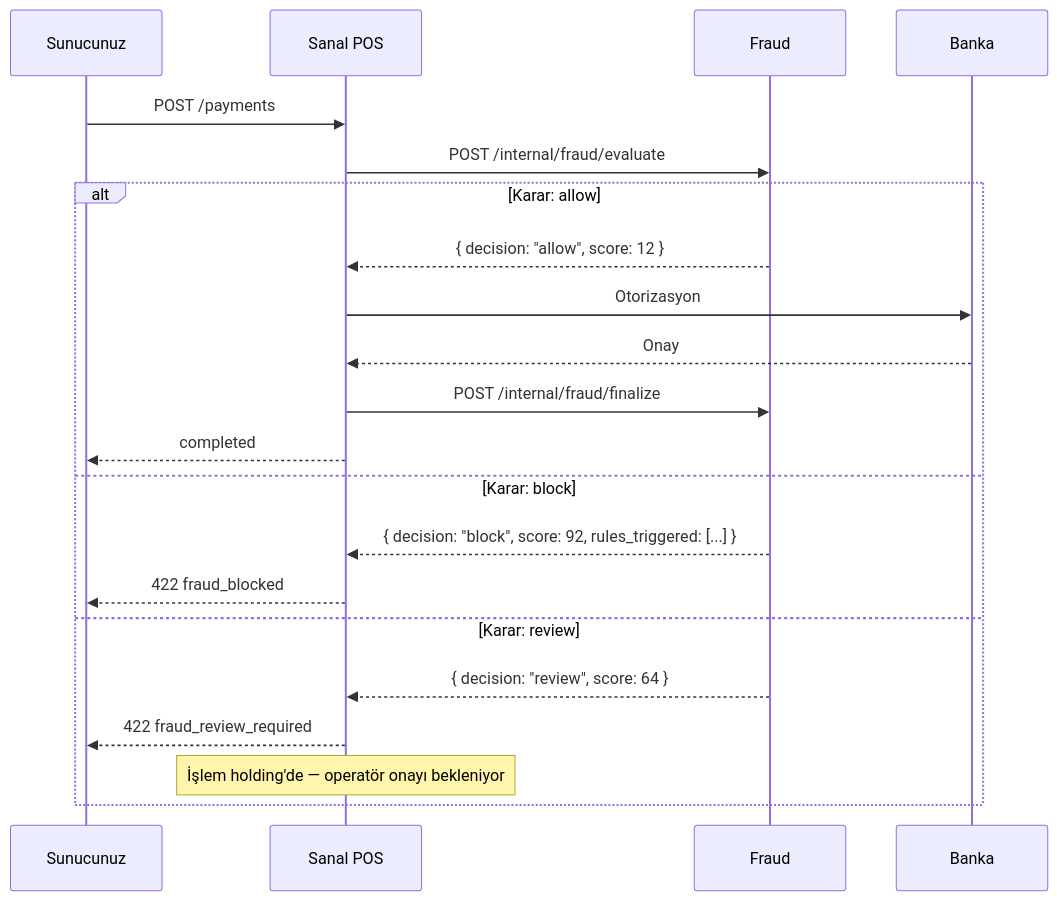
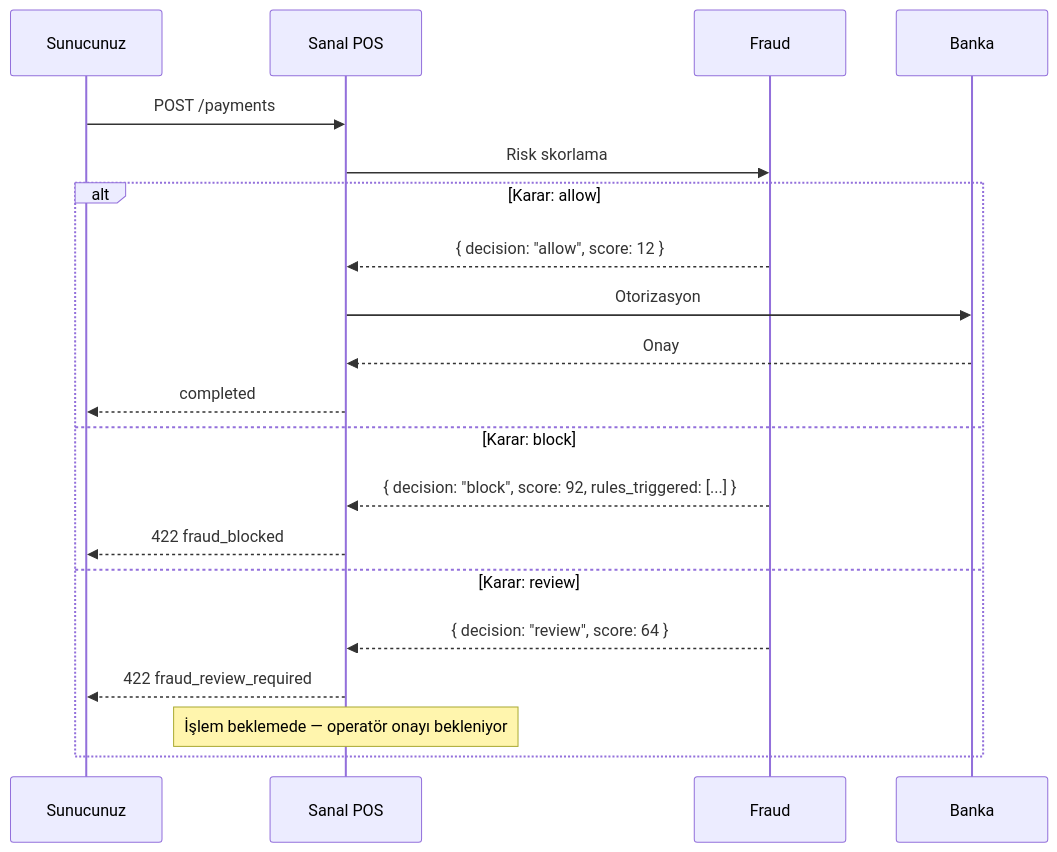
One commit to payment-pos/mintlify changed the diagram in fraud/overview.mdx. Above: the diagram before and after it, drawn with Mermaid. The commit also changed other lines of this file and 24 other files, not shown here.

````diff
--- a/fraud/overview.mdx
+++ b/fraud/overview.mdx
@@ -48,24 +48,23 @@
 ```mermaid
 sequenceDiagram
     participant App as Sunucunuz
     participant POS as Sanal POS
     participant Fraud
     participant Bank as Banka
 
     App->>POS: POST /payments
-    POS->>Fraud: POST /internal/fraud/evaluate
+    POS->>Fraud: Risk skorlama
     alt Karar: allow
         Fraud-->>POS: { decision: "allow", score: 12 }
         POS->>Bank: Otorizasyon
         Bank-->>POS: Onay
-        POS->>Fraud: POST /internal/fraud/finalize
         POS-->>App: completed
     else Karar: block
         Fraud-->>POS: { decision: "block", score: 92, rules_triggered: [...] }
         POS-->>App: 422 fraud_blocked
     else Karar: review
         Fraud-->>POS: { decision: "review", score: 64 }
         POS-->>App: 422 fraud_review_required
-        Note over POS: İşlem holding'de — operatör onayı bekleniyor
+        Note over POS: İşlem beklemede — operatör onayı bekleniyor
     end
 ```
````
